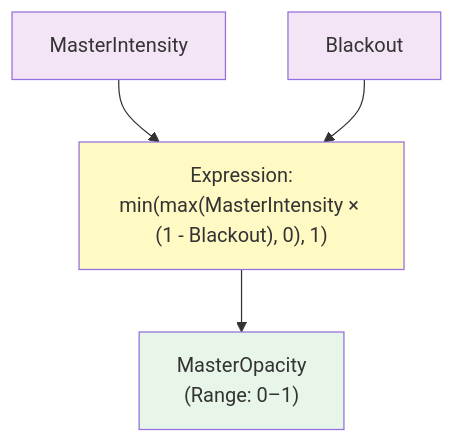
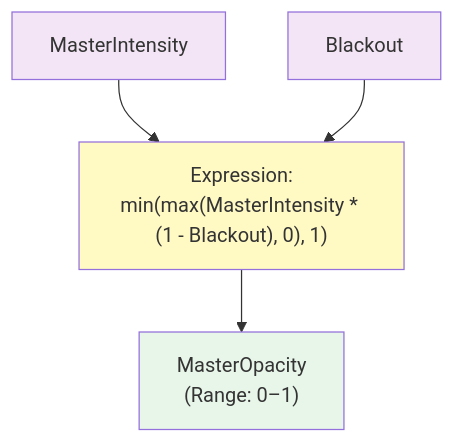
One commit to abossard/synesthesia-visuals changed diagram 19 of 19 in docs/mmv-master-pipeline-guide.md. Above: the diagram before and after it, drawn with Mermaid. The commit also changed other lines of this file, not shown here.

Commit message:
Fix symbol consistency in MMV guide diagrams

````diff
--- a/docs/mmv-master-pipeline-guide.md
+++ b/docs/mmv-master-pipeline-guide.md
@@ -1116,11 +1116,11 @@
 ```mermaid
 flowchart TD
-    MASTER_INT_IN["MasterIntensity"] --> EXPR_MO["Expression:<br/>min(max(MasterIntensity × (1 - Blackout), 0), 1)"]
+    MASTER_INT_IN["MasterIntensity"] --> EXPR_MO["Expression:<br/>min(max(MasterIntensity * (1 - Blackout), 0), 1)"]
     BLACKOUT_IN["Blackout"] --> EXPR_MO
     EXPR_MO --> MASTER_OP["MasterOpacity<br/>(Range: 0–1)"]
     
     style MASTER_INT_IN fill:#f3e5f5
     style BLACKOUT_IN fill:#f3e5f5
     style EXPR_MO fill:#fff9c4
     style MASTER_OP fill:#e8f5e9
 ```
````
